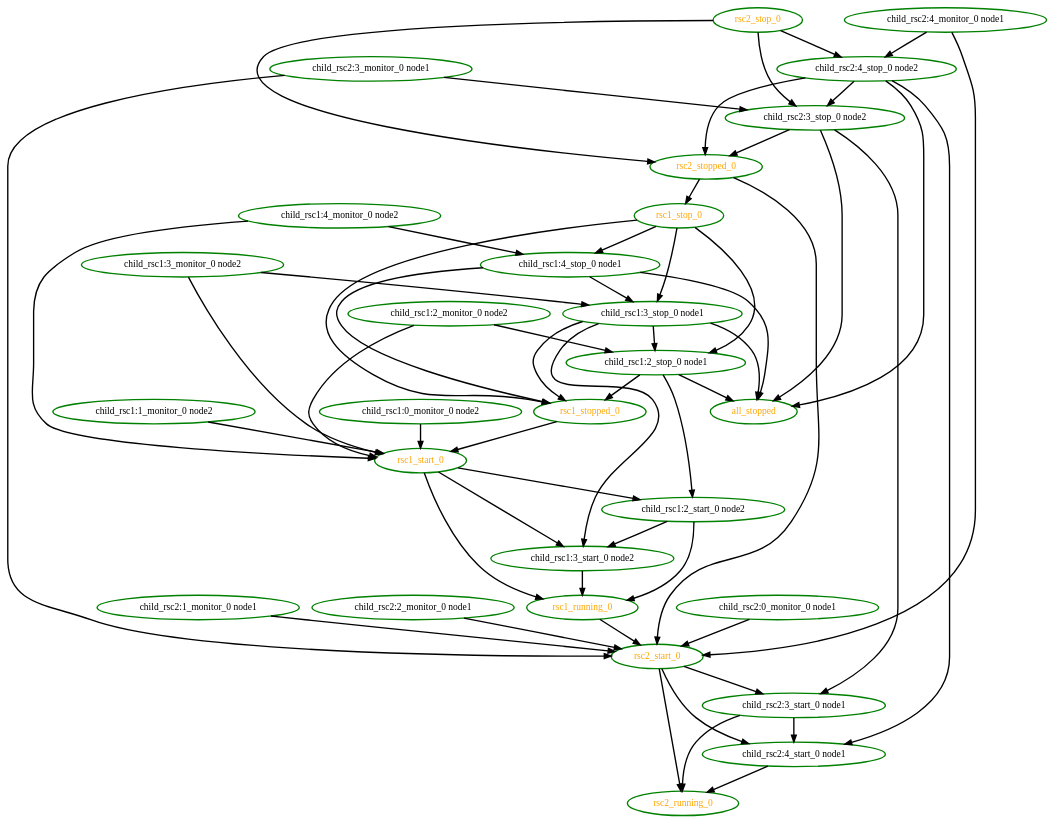
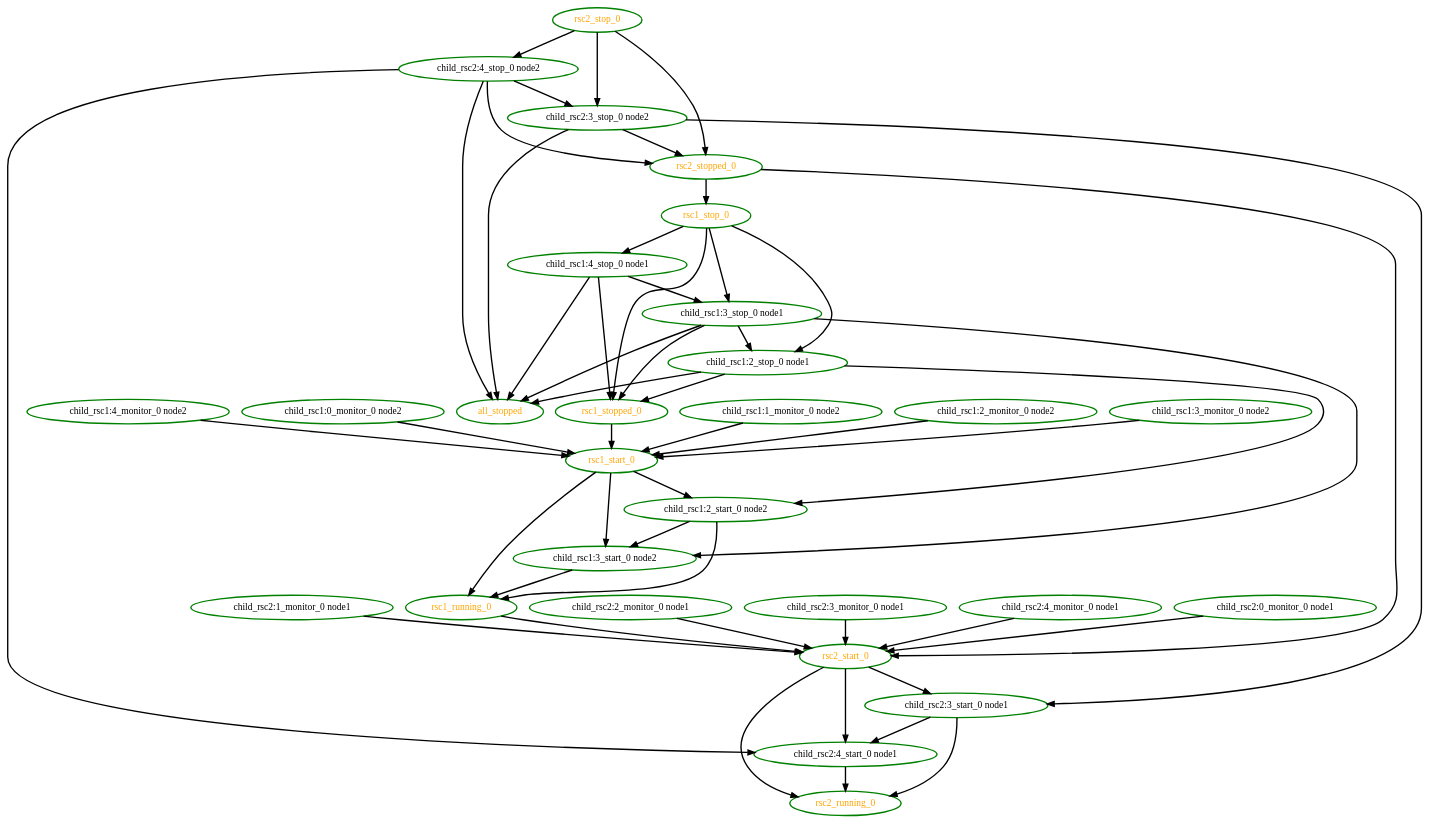
Before and after one commit to eurolinux-enterprise-linux-sources/pacemaker: the diagram in src/pengine/test10/inc4.dot, drawn with Graphviz. The commit also changed 1973 other files, not shown here.

```diff
--- a/src/pengine/test10/inc4.dot
+++ b/src/pengine/test10/inc4.dot
@@ -1,85 +1,80 @@
  digraph "g" {
 "all_stopped" [ style=bold color="green" fontcolor="orange" ]
 "child_rsc1:0_monitor_0 node2" -> "rsc1_start_0" [ style = bold]
 "child_rsc1:0_monitor_0 node2" [ style=bold color="green" fontcolor="black" ]
 "child_rsc1:1_monitor_0 node2" -> "rsc1_start_0" [ style = bold]
 "child_rsc1:1_monitor_0 node2" [ style=bold color="green" fontcolor="black" ]
-"child_rsc1:2_monitor_0 node2" -> "child_rsc1:2_stop_0 node1" [ style = bold]
 "child_rsc1:2_monitor_0 node2" -> "rsc1_start_0" [ style = bold]
 "child_rsc1:2_monitor_0 node2" [ style=bold color="green" fontcolor="black" ]
 "child_rsc1:2_start_0 node2" -> "child_rsc1:3_start_0 node2" [ style = bold]
 "child_rsc1:2_start_0 node2" -> "rsc1_running_0" [ style = bold]
 "child_rsc1:2_start_0 node2" [ style=bold color="green" fontcolor="black" ]
 "child_rsc1:2_stop_0 node1" -> "all_stopped" [ style = bold]
 "child_rsc1:2_stop_0 node1" -> "child_rsc1:2_start_0 node2" [ style = bold]
 "child_rsc1:2_stop_0 node1" -> "rsc1_stopped_0" [ style = bold]
 "child_rsc1:2_stop_0 node1" [ style=bold color="green" fontcolor="black" ]
-"child_rsc1:3_monitor_0 node2" -> "child_rsc1:3_stop_0 node1" [ style = bold]
 "child_rsc1:3_monitor_0 node2" -> "rsc1_start_0" [ style = bold]
 "child_rsc1:3_monitor_0 node2" [ style=bold color="green" fontcolor="black" ]
 "child_rsc1:3_start_0 node2" -> "rsc1_running_0" [ style = bold]
 "child_rsc1:3_start_0 node2" [ style=bold color="green" fontcolor="black" ]
 "child_rsc1:3_stop_0 node1" -> "all_stopped" [ style = bold]
 "child_rsc1:3_stop_0 node1" -> "child_rsc1:2_stop_0 node1" [ style = bold]
 "child_rsc1:3_stop_0 node1" -> "child_rsc1:3_start_0 node2" [ style = bold]
 "child_rsc1:3_stop_0 node1" -> "rsc1_stopped_0" [ style = bold]
 "child_rsc1:3_stop_0 node1" [ style=bold color="green" fontcolor="black" ]
-"child_rsc1:4_monitor_0 node2" -> "child_rsc1:4_stop_0 node1" [ style = bold]
 "child_rsc1:4_monitor_0 node2" -> "rsc1_start_0" [ style = bold]
 "child_rsc1:4_monitor_0 node2" [ style=bold color="green" fontcolor="black" ]
 "child_rsc1:4_stop_0 node1" -> "all_stopped" [ style = bold]
 "child_rsc1:4_stop_0 node1" -> "child_rsc1:3_stop_0 node1" [ style = bold]
 "child_rsc1:4_stop_0 node1" -> "rsc1_stopped_0" [ style = bold]
 "child_rsc1:4_stop_0 node1" [ style=bold color="green" fontcolor="black" ]
 "child_rsc2:0_monitor_0 node1" -> "rsc2_start_0" [ style = bold]
 "child_rsc2:0_monitor_0 node1" [ style=bold color="green" fontcolor="black" ]
 "child_rsc2:1_monitor_0 node1" -> "rsc2_start_0" [ style = bold]
 "child_rsc2:1_monitor_0 node1" [ style=bold color="green" fontcolor="black" ]
 "child_rsc2:2_monitor_0 node1" -> "rsc2_start_0" [ style = bold]
 "child_rsc2:2_monitor_0 node1" [ style=bold color="green" fontcolor="black" ]
-"child_rsc2:3_monitor_0 node1" -> "child_rsc2:3_stop_0 node2" [ style = bold]
 "child_rsc2:3_monitor_0 node1" -> "rsc2_start_0" [ style = bold]
 "child_rsc2:3_monitor_0 node1" [ style=bold color="green" fontcolor="black" ]
 "child_rsc2:3_start_0 node1" -> "child_rsc2:4_start_0 node1" [ style = bold]
 "child_rsc2:3_start_0 node1" -> "rsc2_running_0" [ style = bold]
 "child_rsc2:3_start_0 node1" [ style=bold color="green" fontcolor="black" ]
 "child_rsc2:3_stop_0 node2" -> "all_stopped" [ style = bold]
 "child_rsc2:3_stop_0 node2" -> "child_rsc2:3_start_0 node1" [ style = bold]
 "child_rsc2:3_stop_0 node2" -> "rsc2_stopped_0" [ style = bold]
 "child_rsc2:3_stop_0 node2" [ style=bold color="green" fontcolor="black" ]
-"child_rsc2:4_monitor_0 node1" -> "child_rsc2:4_stop_0 node2" [ style = bold]
 "child_rsc2:4_monitor_0 node1" -> "rsc2_start_0" [ style = bold]
 "child_rsc2:4_monitor_0 node1" [ style=bold color="green" fontcolor="black" ]
 "child_rsc2:4_start_0 node1" -> "rsc2_running_0" [ style = bold]
 "child_rsc2:4_start_0 node1" [ style=bold color="green" fontcolor="black" ]
 "child_rsc2:4_stop_0 node2" -> "all_stopped" [ style = bold]
 "child_rsc2:4_stop_0 node2" -> "child_rsc2:3_stop_0 node2" [ style = bold]
 "child_rsc2:4_stop_0 node2" -> "child_rsc2:4_start_0 node1" [ style = bold]
 "child_rsc2:4_stop_0 node2" -> "rsc2_stopped_0" [ style = bold]
 "child_rsc2:4_stop_0 node2" [ style=bold color="green" fontcolor="black" ]
 "rsc1_running_0" -> "rsc2_start_0" [ style = bold]
 "rsc1_running_0" [ style=bold color="green" fontcolor="orange" ]
 "rsc1_start_0" -> "child_rsc1:2_start_0 node2" [ style = bold]
 "rsc1_start_0" -> "child_rsc1:3_start_0 node2" [ style = bold]
 "rsc1_start_0" -> "rsc1_running_0" [ style = bold]
 "rsc1_start_0" [ style=bold color="green" fontcolor="orange" ]
 "rsc1_stop_0" -> "child_rsc1:2_stop_0 node1" [ style = bold]
 "rsc1_stop_0" -> "child_rsc1:3_stop_0 node1" [ style = bold]
 "rsc1_stop_0" -> "child_rsc1:4_stop_0 node1" [ style = bold]
 "rsc1_stop_0" -> "rsc1_stopped_0" [ style = bold]
 "rsc1_stop_0" [ style=bold color="green" fontcolor="orange" ]
 "rsc1_stopped_0" -> "rsc1_start_0" [ style = bold]
 "rsc1_stopped_0" [ style=bold color="green" fontcolor="orange" ]
 "rsc2_running_0" [ style=bold color="green" fontcolor="orange" ]
 "rsc2_start_0" -> "child_rsc2:3_start_0 node1" [ style = bold]
 "rsc2_start_0" -> "child_rsc2:4_start_0 node1" [ style = bold]
 "rsc2_start_0" -> "rsc2_running_0" [ style = bold]
 "rsc2_start_0" [ style=bold color="green" fontcolor="orange" ]
 "rsc2_stop_0" -> "child_rsc2:3_stop_0 node2" [ style = bold]
 "rsc2_stop_0" -> "child_rsc2:4_stop_0 node2" [ style = bold]
 "rsc2_stop_0" -> "rsc2_stopped_0" [ style = bold]
 "rsc2_stop_0" [ style=bold color="green" fontcolor="orange" ]
 "rsc2_stopped_0" -> "rsc1_stop_0" [ style = bold]
 "rsc2_stopped_0" -> "rsc2_start_0" [ style = bold]
 "rsc2_stopped_0" [ style=bold color="green" fontcolor="orange" ]
 }
```
